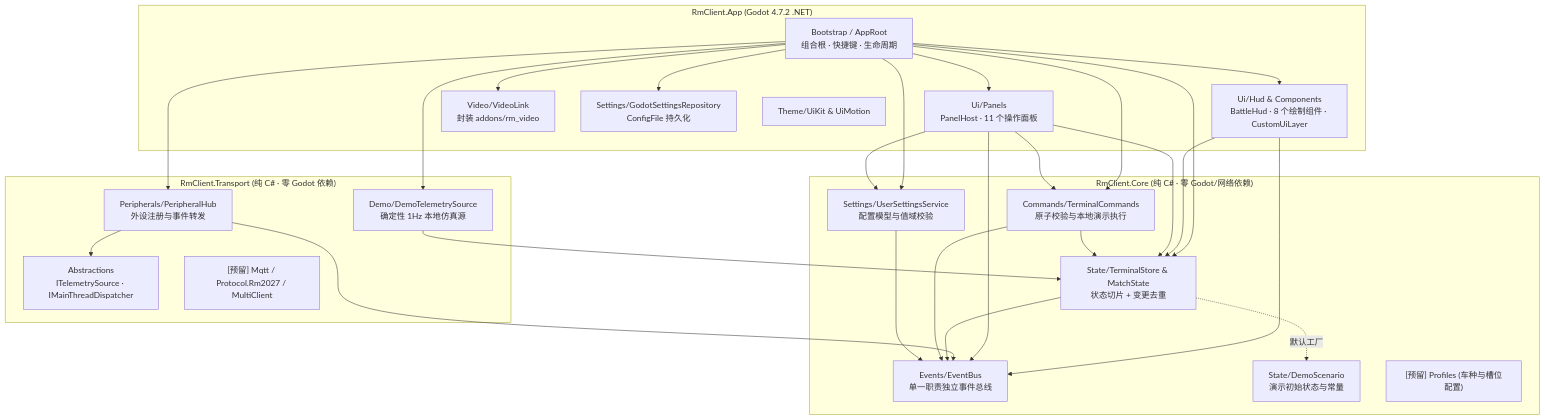
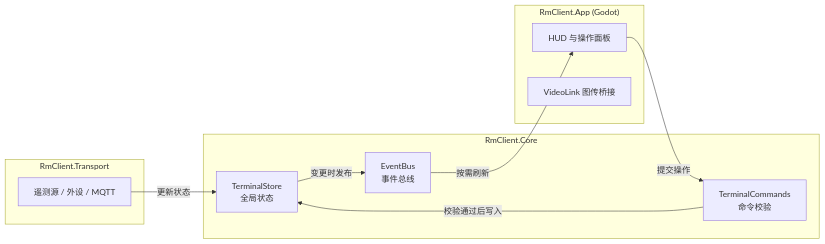
One commit to PnX-HKUSTGZ/CustomClient-RM27 changed the diagram in docs/architecture.md. Above: the diagram before and after it, drawn with Mermaid. The commit also changed other lines of this file, not shown here.

Commit message:
chore: sync Godot import metadata

````diff
--- a/docs/architecture.md
+++ b/docs/architecture.md
@@ -52,54 +67,23 @@
 ```mermaid
-flowchart TD
-    subgraph App["RmClient.App (Godot 4.7.2 .NET)"]
-        Root["Bootstrap / AppRoot<br/>组合根 · 快捷键 · 生命周期"]
-        Hud["Ui/Hud & Components<br/>BattleHud · 8 个绘制组件 · CustomUiLayer"]
-        Panels["Ui/Panels<br/>PanelHost · 11 个操作面板"]
-        Video["Video/VideoLink<br/>封装 addons/rm_video"]
-        SettingsRepo["Settings/GodotSettingsRepository<br/>ConfigFile 持久化"]
-        Theme["Theme/UiKit & UiMotion"]
+flowchart LR
+    subgraph Transport["RmClient.Transport"]
+        Source["遥测源 / 外设 / MQTT"]
     end
 
-    subgraph Transport["RmClient.Transport (纯 C# · 零 Godot 依赖)"]
-        Abs["Abstractions<br/>ITelemetrySource · IMainThreadDispatcher"]
-        Demo["Demo/DemoTelemetrySource<br/>确定性 1Hz 本地仿真源"]
-        Periph["Peripherals/PeripheralHub<br/>外设注册与事件转发"]
-        FutureT["[预留] Mqtt / Protocol.Rm2027 / MultiClient"]
+    subgraph Core["RmClient.Core"]
+        Store["TerminalStore<br/>全局状态"]
+        Bus["EventBus<br/>事件总线"]
+        Cmd["TerminalCommands<br/>命令校验"]
     end
 
-    subgraph Core["RmClient.Core (纯 C# · 零 Godot/网络依赖)"]
-        Bus["Events/EventBus<br/>单一职责独立事件总线"]
-        Store["State/TerminalStore & MatchState<br/>状态切片 + 变更去重"]
-        Scenario["State/DemoScenario<br/>演示初始状态与常量"]
-        Cmd["Commands/TerminalCommands<br/>原子校验与本地演示执行"]
-        Cfg["Settings/UserSettingsService<br/>配置模型与值域校验"]
-        FutureC["[预留] Profiles (车种与槽位配置)"]
+    subgraph App["RmClient.App (Godot)"]
+        UI["HUD 与操作面板"]
+        Video["VideoLink 图传桥接"]
     end
 
-    Root --> Hud
-    Root --> Panels
-    Root --> Video
-    Root --> SettingsRepo
-    Root --> Demo
-    Root --> Periph
-    Root --> Store
-    Root --> Cmd
-    Root --> Cfg
-
-    Hud --> Bus
-    Hud --> Store
-    Panels --> Bus
-    Panels --> Store
-    Panels --> Cmd
-    Panels --> Cfg
-
-    Demo --> Store
-    Periph --> Bus
-    Periph --> Abs
-
-    Store --> Bus
-    Cmd --> Store
-    Cmd --> Bus
-    Cfg --> Bus
-    Store -.默认工厂.-> Scenario
+    Source -->|更新状态| Store
+    Store -->|变更时发布| Bus
+    Bus -->|按需刷新| UI
+    UI -->|提交操作| Cmd
+    Cmd -->|校验通过后写入| Store
 ```
````
